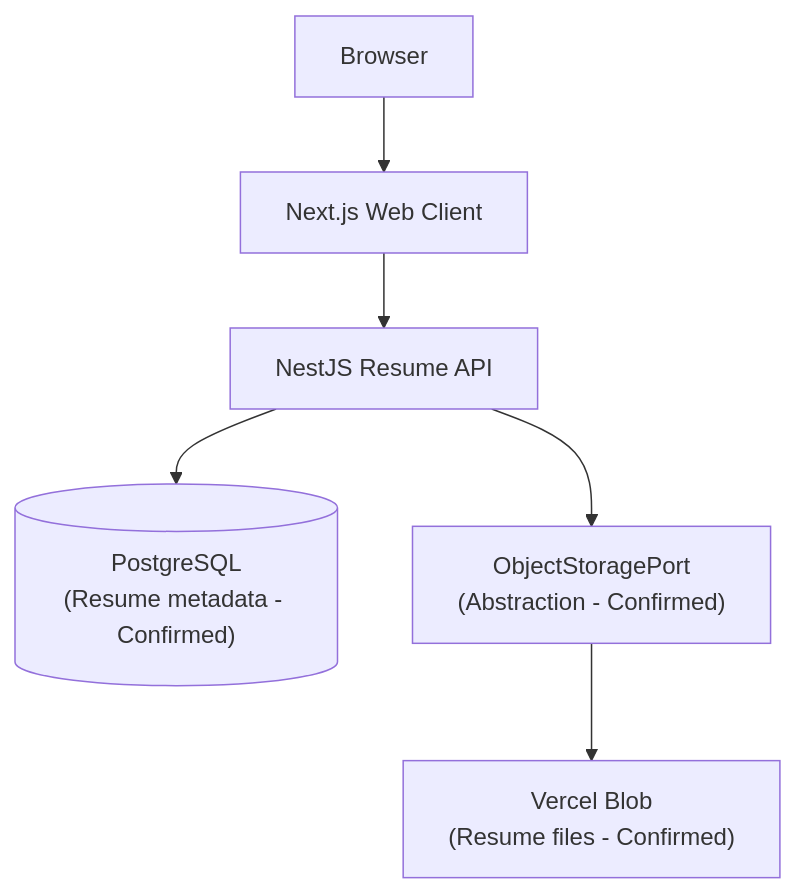
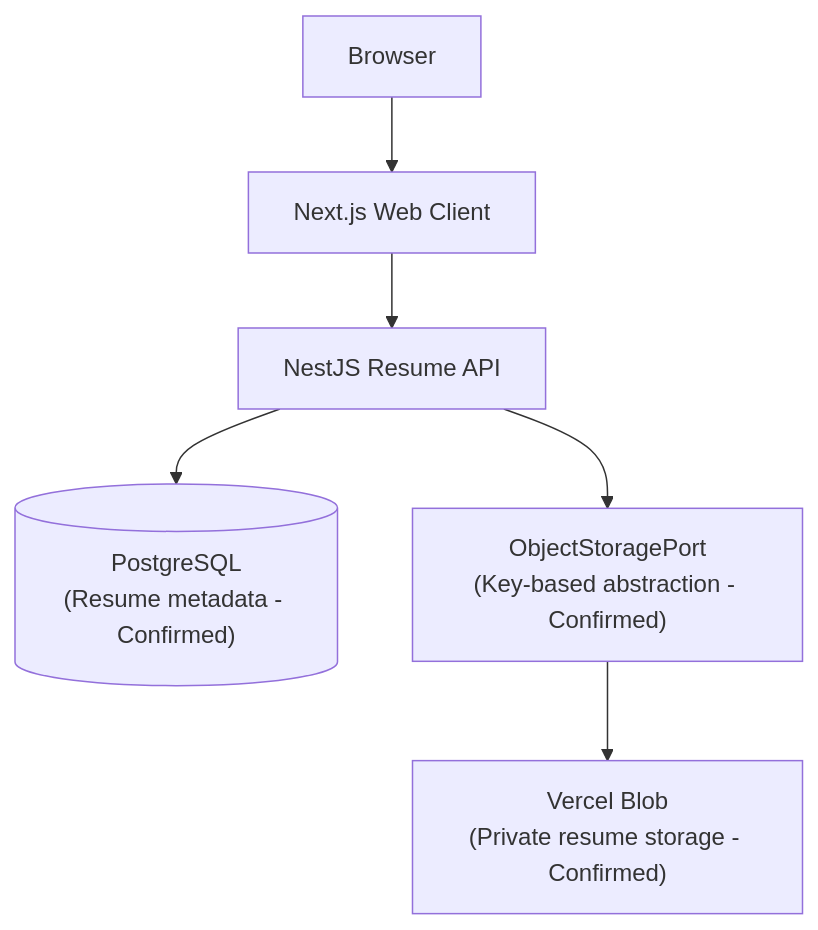
Before and after one commit to neerajram30/carrier-switch-assistant: the diagram in docs/adr/002-resume-object-storage.md, drawn with Mermaid. The commit also changed other lines of this file and 14 other files, not shown here.

Commit message:
feat: implement resume upload service, controller, and object storage adapter

````diff
--- a/docs/adr/002-resume-object-storage.md
+++ b/docs/adr/002-resume-object-storage.md
@@ -50,8 +52,8 @@
 ```mermaid
 flowchart TD
     Browser["Browser"] --> Next["Next.js Web Client"]
     Next --> API["NestJS Resume API"]
     API --> Postgres[("PostgreSQL\n(Resume metadata - Confirmed)")]
-    API --> Port["ObjectStoragePort\n(Abstraction - Confirmed)"]
-    Port --> Blob["Vercel Blob\n(Resume files - Confirmed)"]
+    API --> Port["ObjectStoragePort\n(Key-based abstraction - Confirmed)"]
+    Port --> Blob["Vercel Blob\n(Private resume storage - Confirmed)"]
 ```
````
